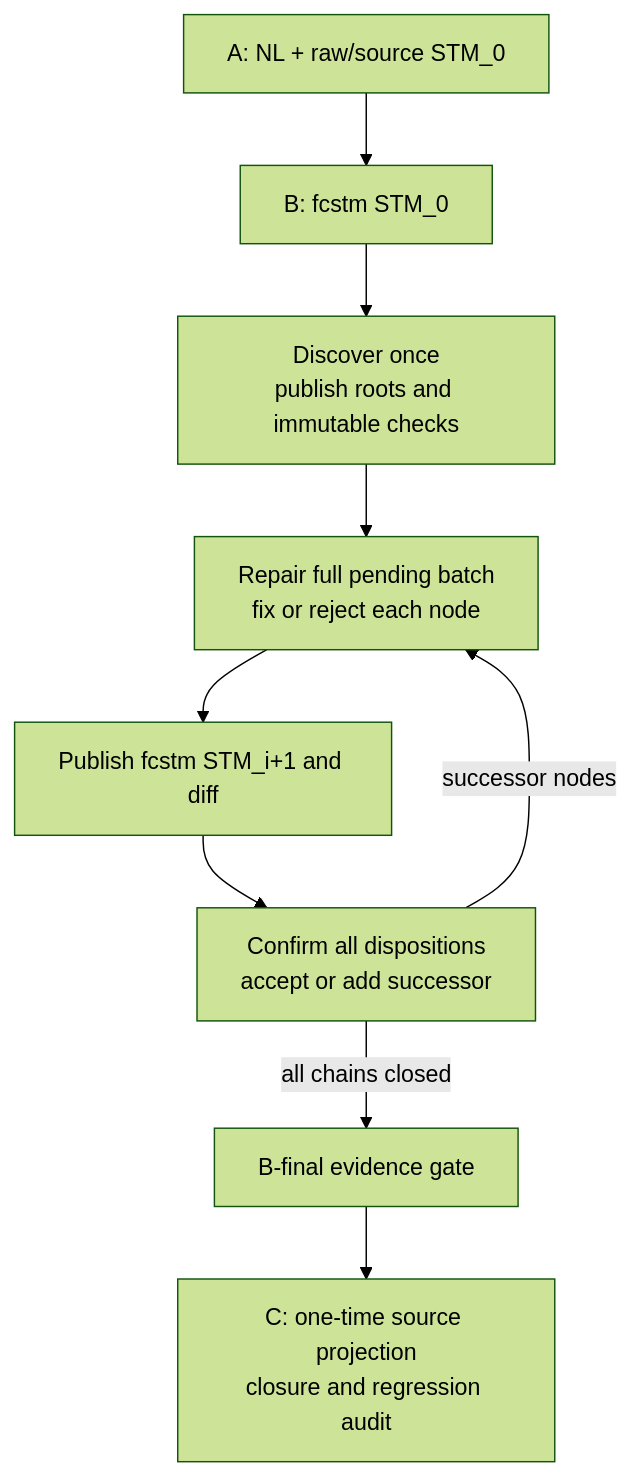
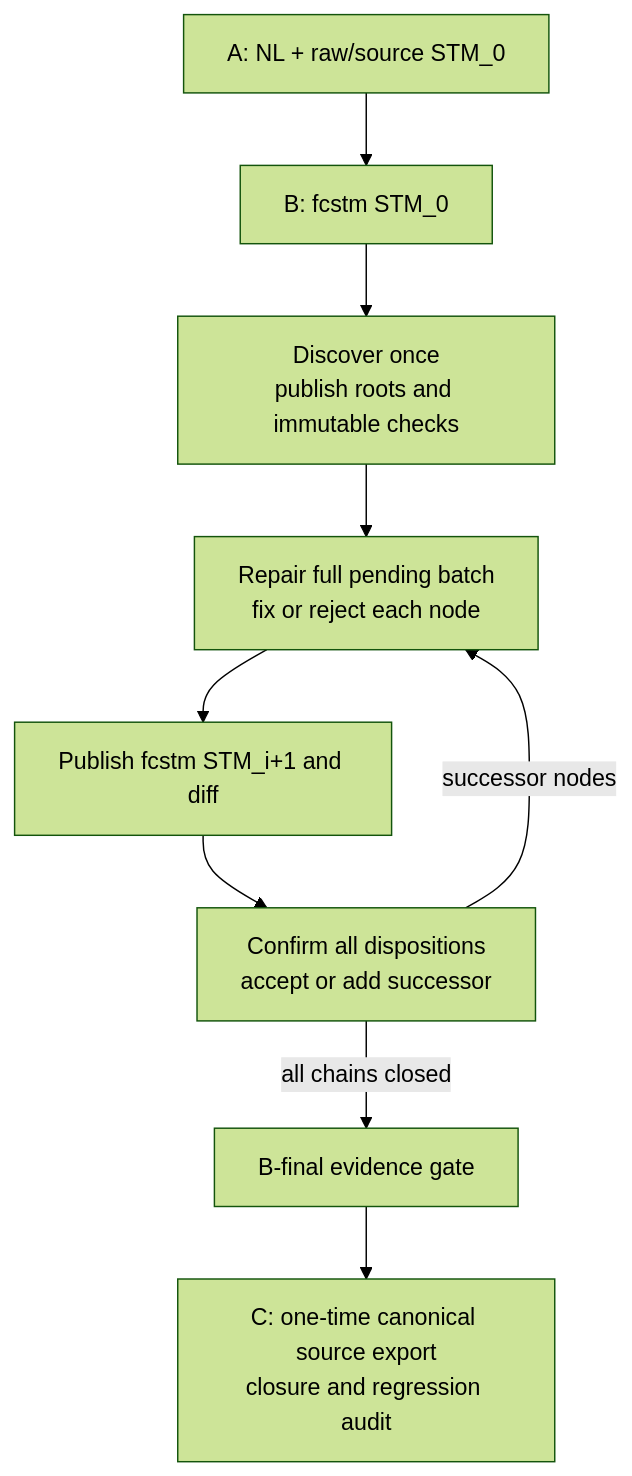
One commit to HansBug/research_ideas changed the diagram in project_1_llm_state_machine_modeling/paper_stm_repair/README.md. Above: the diagram before and after it, drawn with Mermaid (forest theme). The commit also changed other lines of this file and 24 other files, not shown here.

````diff
--- a/project_1_llm_state_machine_modeling/paper_stm_repair/README.md
+++ b/project_1_llm_state_machine_modeling/paper_stm_repair/README.md
@@ -62,11 +62,11 @@
 ```mermaid
 flowchart TD
   A["A: NL + raw/source STM_0"] --> B0["B: fcstm STM_0"]
   B0 --> D["Discover once<br/>publish roots and immutable checks"]
   D --> R["Repair full pending batch<br/>fix or reject each node"]
   R --> M["Publish fcstm STM_i+1 and diff"]
   M --> C["Confirm all dispositions<br/>accept or add successor"]
   C -->|successor nodes| R
   C -->|all chains closed| F["B-final evidence gate"]
-  F --> X["C: one-time source projection<br/>closure and regression audit"]
+  F --> X["C: one-time canonical source export<br/>closure and regression audit"]
 ```
````
